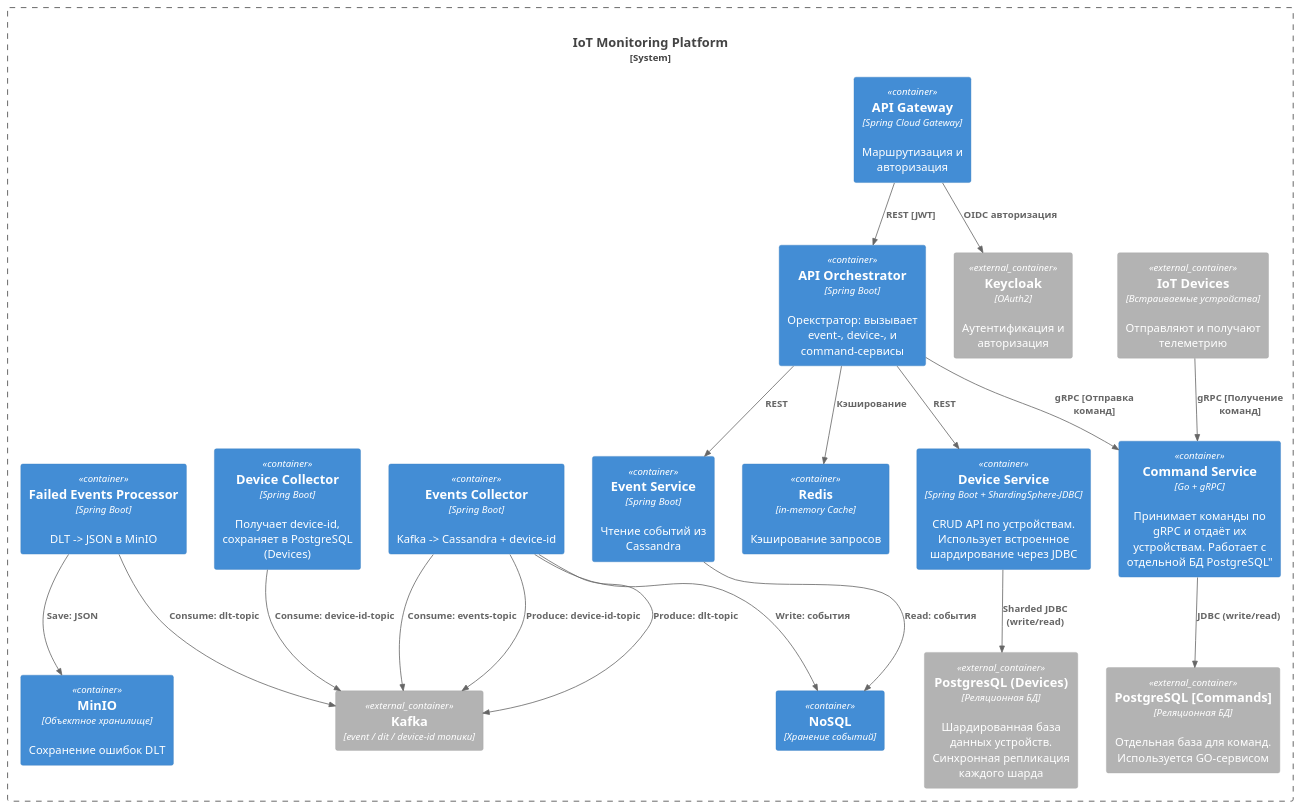
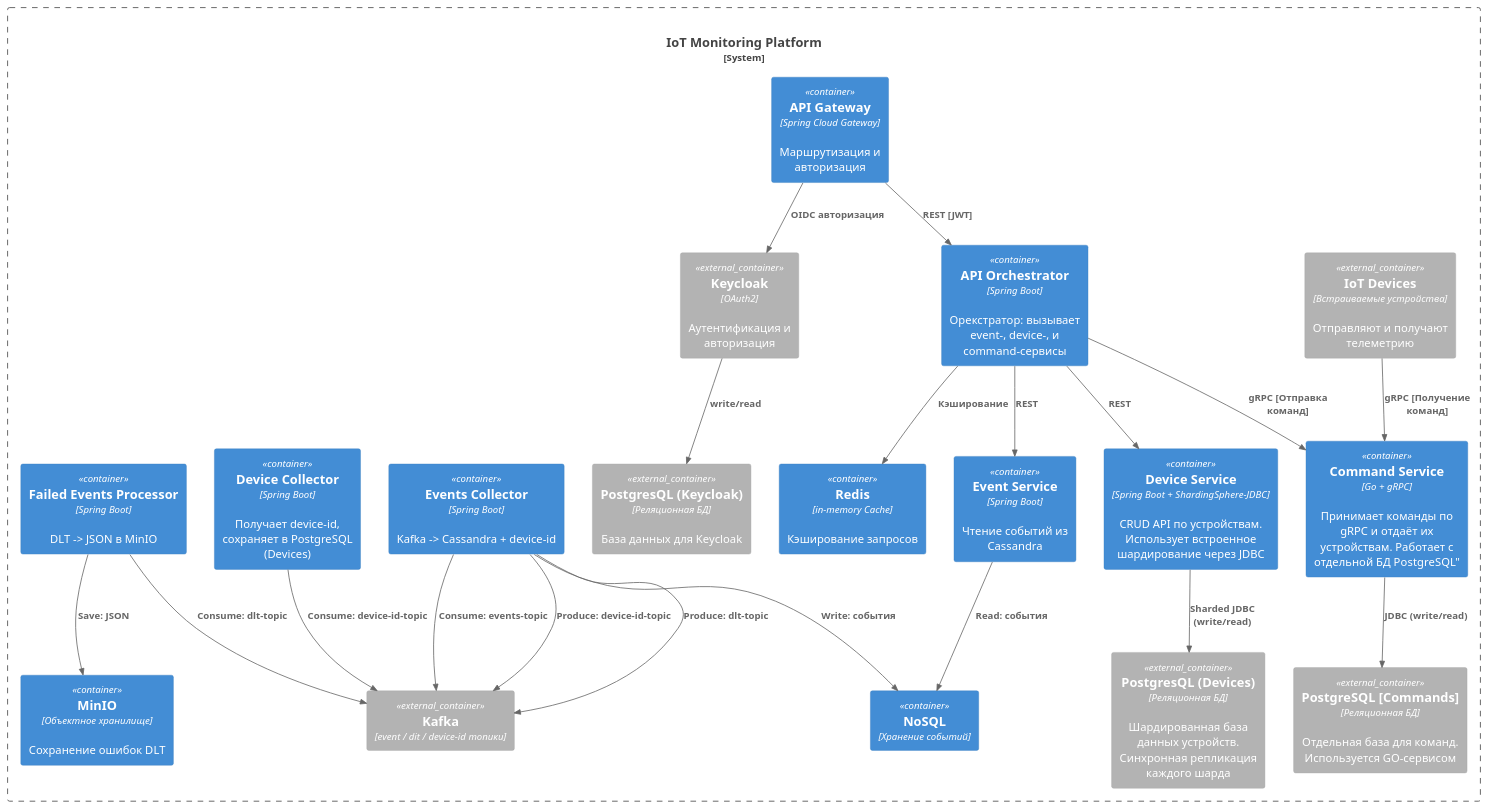
One commit to Ussopmm/iot-platform changed the diagram in diagrams/containers.puml. Above: the diagram before and after it, drawn with PlantUML. The commit also changed 2 other files, not shown here.

```diff
--- a/diagrams/containers.puml
+++ b/diagrams/containers.puml
@@ -1,41 +1,43 @@
 @startuml Containers
 !includeurl https://raw.githubusercontent.com/plantuml-stdlib/C4-PlantUML/master/C4_Container.puml
 
 Container_Boundary(platform, "IoT Monitoring Platform", "system") {
     Container(api_gateway, "API Gateway", "Spring Cloud Gateway", "Маршрутизация и авторизация")
     Container_Ext(devices, "IoT Devices", "Встраиваемые устройства", "Отправляют и получают телеметрию")
     Container_Ext(keycloak, "Keycloak", "OAuth2", "Аутентификация и авторизация")
     Container(api_orchestrator, "API Orchestrator", "Spring Boot", "Орекстратор: вызывает event-, device-, и command-сервисы")
     Container(command_service, "Command Service", "Go + gRPC", Принимает команды по gRPC и отдаёт их устройствам. Работает с отдельной БД PostgreSQL")
     Container(device_service, "Device Service", "Spring Boot + ShardingSphere-JDBC", "CRUD API по устройствам. Использует встроенное шардирование через JDBC")
     Container(event_service, "Event Service", "Spring Boot", "Чтение событий из Cassandra")
     Container(redis, "Redis", "in-memory Cache", "Кэширование запросов")
     Container(events_collector, "Events Collector", "Spring Boot", "Kafka -> Cassandra + device-id")
     Container(device_collector, "Device Collector", "Spring Boot", "Получает device-id, сохраняет в PostgreSQL (Devices)")
     Container(failed_events_processor, "Failed Events Processor", "Spring Boot", "DLT -> JSON в MinIO")
     Container_Ext(postgresql_commands, "PostgreSQL [Commands]", "Реляционная БД", "Отдельная база для команд. Используется GO-сервисом")
     Container_Ext(postgresql_devices, "PostgresQL (Devices)", "Реляционная БД", "Шардированная база данных устройств. Синхронная репликация каждого шарда")
+    Container_Ext(postgresql_keycloak, "PostgresQL (Keycloak)", "Реляционная БД", "База данных для Keycloak")
     Container(cassandra_cluster, "NoSQL", "Хранение событий")
     Container_Ext(kafka_cluster, "Kafka", "event / dit / device-id топики")
     Container(minio, "MinIO", "Объектное хранилище", "Сохранение ошибок DLT")
 }
 
 Rel(api_gateway, keycloak, "OIDC авторизация")
 Rel(api_gateway, api_orchestrator, "REST [JWT]")
 Rel(devices, command_service, "gRPC [Получение команд]")
 Rel(api_orchestrator, device_service, "REST")
 Rel(api_orchestrator, event_service, "REST")
 Rel(api_orchestrator, redis, "Кэширование")
 Rel(api_orchestrator, command_service, "gRPC [Отправка команд]")
 Rel(command_service, postgresql_commands, "JDBC (write/read)")
 Rel(device_service, postgresql_devices, "Sharded JDBC (write/read)")
 Rel(event_service, cassandra_cluster, "Read: события")
 Rel(events_collector, cassandra_cluster, "Write: события")
 Rel(events_collector, kafka_cluster, "Consume: events-topic")
 Rel(events_collector, kafka_cluster, "Produce: device-id-topic")
 Rel(events_collector, kafka_cluster, "Produce: dlt-topic")
 Rel(device_collector, kafka_cluster, "Consume: device-id-topic")
 Rel(failed_events_processor, kafka_cluster, "Consume: dlt-topic")
 Rel(failed_events_processor, minio, "Save: JSON")
+Rel(keycloak, postgresql_keycloak, "write/read")
 
 @enduml
```
